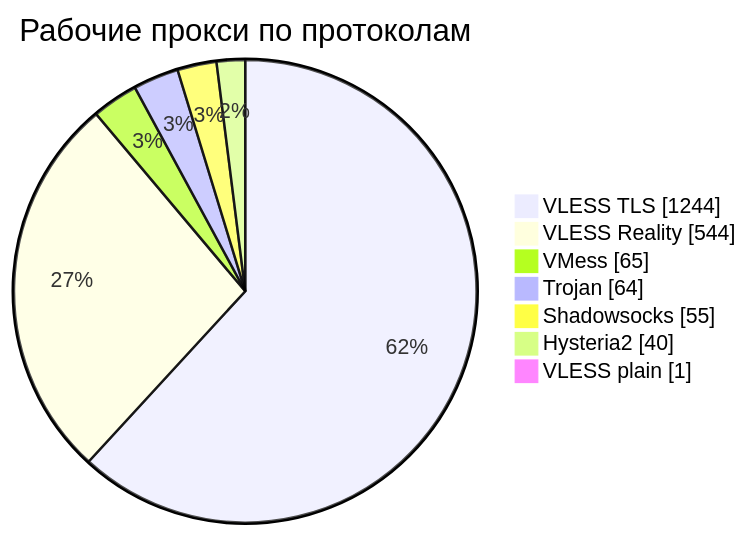
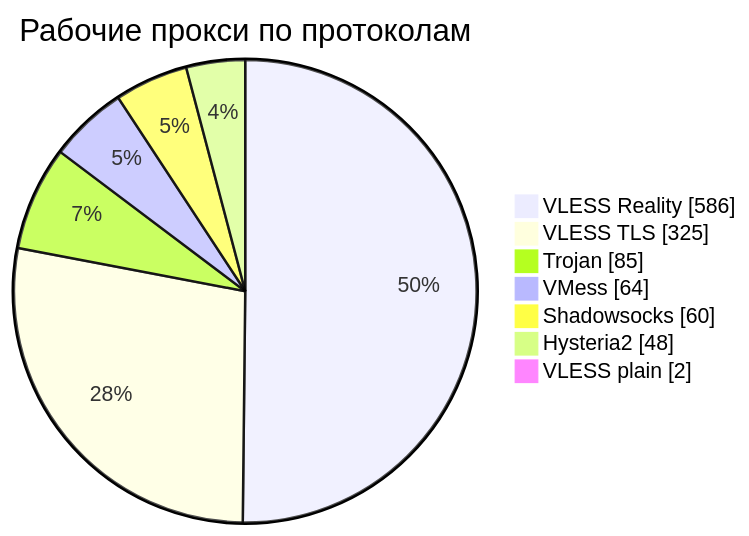
The third of 4 diagrams in README.md (rvvg/proxy-subs), drawn with Mermaid before and after one commit. The commit also changed other lines of this file and 52 other files, not shown here.

````diff
--- a/README.md
+++ b/README.md
@@ -140,11 +135,11 @@
 ```mermaid
 pie showData
     title Рабочие прокси по протоколам
-    "VLESS TLS" : 1244
-    "VLESS Reality" : 544
-    "VMess" : 65
-    "Trojan" : 64
-    "Shadowsocks" : 55
-    "Hysteria2" : 40
-    "VLESS plain" : 1
+    "VLESS Reality" : 586
+    "VLESS TLS" : 325
+    "Trojan" : 85
+    "VMess" : 64
+    "Shadowsocks" : 60
+    "Hysteria2" : 48
+    "VLESS plain" : 2
 ```
````
